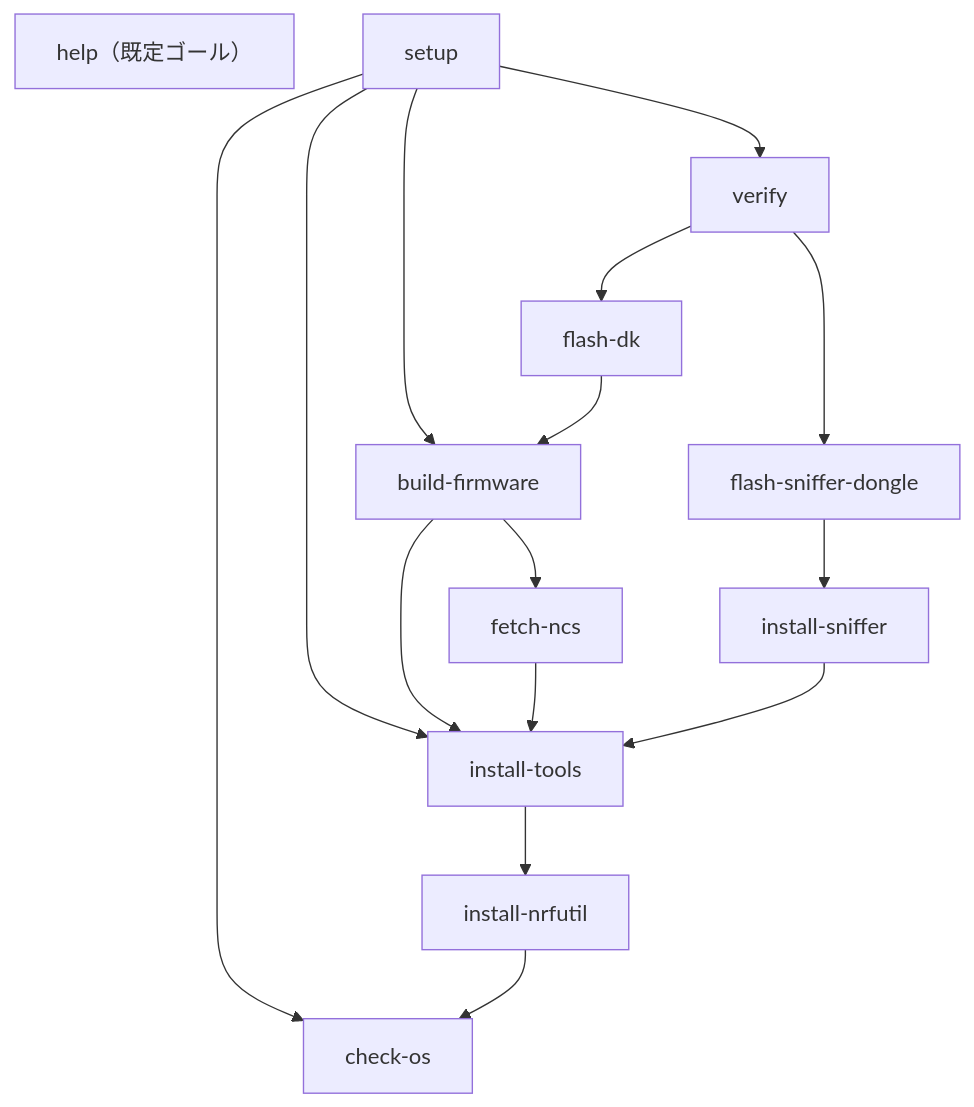
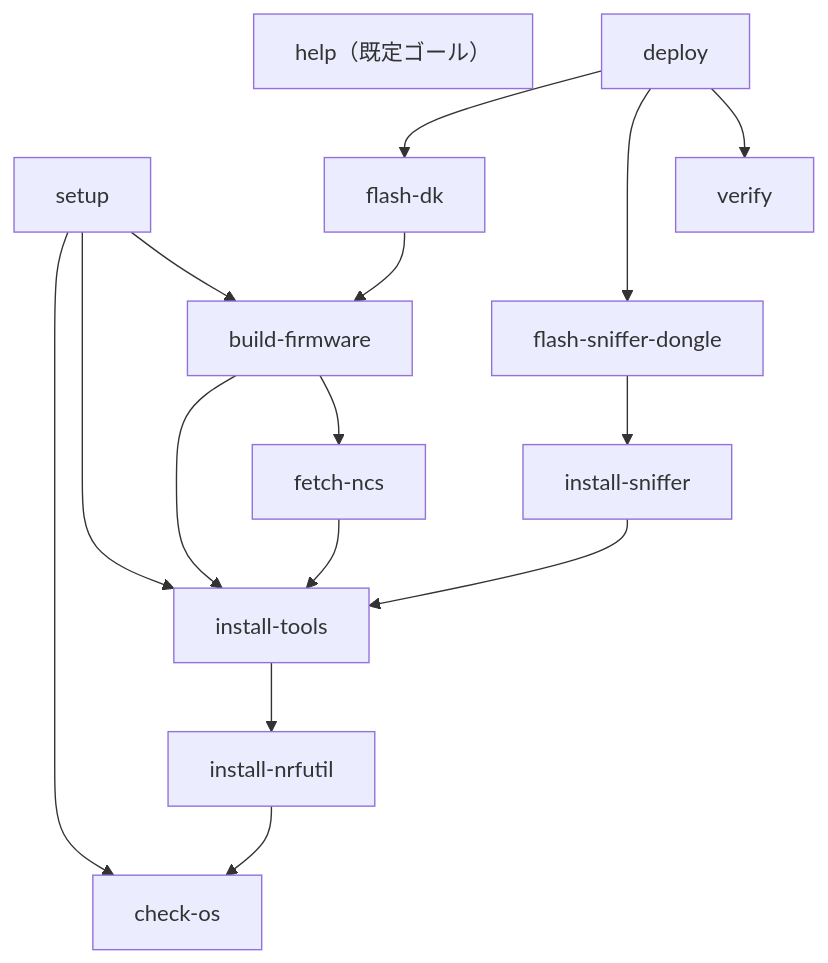
The diagram in docs/DESIGN-001.md (kokiTakashiki/CoreBluetoothDevelopmentBootstrap), drawn with Mermaid before and after one commit. The commit also changed other lines of this file and 3 other files, not shown here.

First line of the commit message:
feat: setup をソフト/ハードに分割し deploy ターゲットを追加

````diff
--- a/docs/DESIGN-001.md
+++ b/docs/DESIGN-001.md
@@ -82,18 +83,18 @@
 ```mermaid
 graph TD
     help["help（既定ゴール）"]
     setup --> check-os
     setup --> install-tools
     setup --> build-firmware
-    setup --> verify
+    deploy --> flash-dk
+    deploy --> flash-sniffer-dongle
+    deploy --> verify
     install-nrfutil --> check-os
     install-tools --> install-nrfutil
     install-sniffer --> install-tools
     fetch-ncs --> install-tools
     build-firmware --> install-tools
     build-firmware --> fetch-ncs
     flash-dk --> build-firmware
     flash-sniffer-dongle --> install-sniffer
-    verify --> flash-dk
-    verify --> flash-sniffer-dongle
 ```
````
